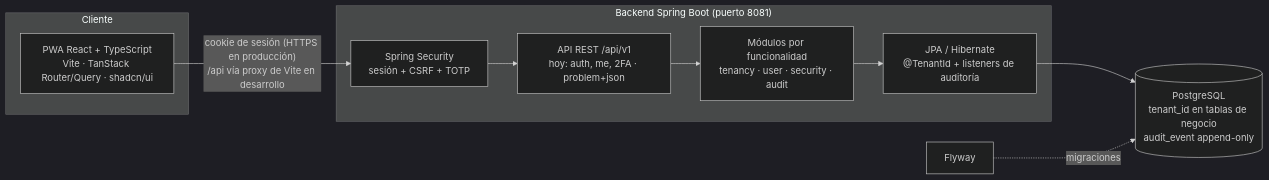
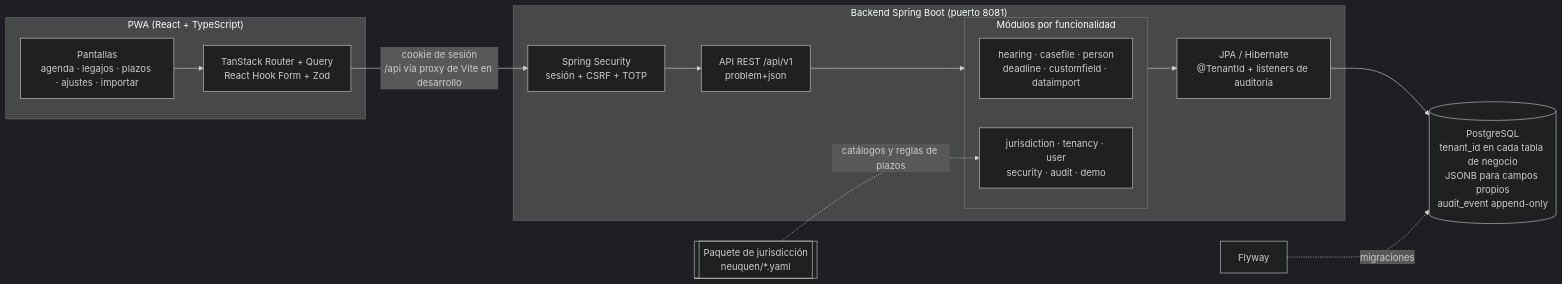
One commit to francopalavecino2002/Gestor-causas-penales changed the first of 2 diagrams in README.md. Above: the diagram before and after it, drawn with Mermaid (dark theme). The commit also changed other lines of this file and 10 other files, not shown here.

````diff
--- a/README.md
+++ b/README.md
@@ -40,19 +62,26 @@
 ```mermaid
 flowchart LR
-    subgraph Cliente
-        PWA["PWA React + TypeScript<br/>Vite · TanStack Router/Query · shadcn/ui"]
+    subgraph Cliente["PWA (React + TypeScript)"]
+        UI["Pantallas<br/>agenda · legajos · plazos · ajustes · importar"]
+        Q["TanStack Router + Query<br/>React Hook Form + Zod"]
     end
 
     subgraph Backend["Backend Spring Boot (puerto 8081)"]
         SEC["Spring Security<br/>sesión + CSRF + TOTP"]
-        API["API REST /api/v1<br/>hoy: auth, me, 2FA · problem+json"]
-        FEAT["Módulos por funcionalidad<br/>tenancy · user · security · audit"]
+        API["API REST /api/v1<br/>problem+json"]
+        subgraph FEAT["Módulos por funcionalidad"]
+            DOM["hearing · casefile · person<br/>deadline · customfield · dataimport"]
+            BASE["jurisdiction · tenancy · user<br/>security · audit · demo"]
+        end
         HIB["JPA / Hibernate<br/>@TenantId + listeners de auditoría"]
     end
 
-    DB[("PostgreSQL<br/>tenant_id en tablas de negocio<br/>audit_event append-only")]
+    YAML[["Paquete de jurisdicción<br/>neuquen/*.yaml"]]
+    DB[("PostgreSQL<br/>tenant_id en cada tabla de negocio<br/>JSONB para campos propios<br/>audit_event append-only")]
 
-    PWA -- "cookie de sesión (HTTPS en producción)<br/>/api vía proxy de Vite en desarrollo" --> SEC
+    UI --> Q
+    Q -- "cookie de sesión<br/>/api vía proxy de Vite en desarrollo" --> SEC
     SEC --> API --> FEAT --> HIB --> DB
+    YAML -. catálogos y reglas de plazos .-> BASE
     FLY["Flyway"] -. migraciones .-> DB
 ```
````
